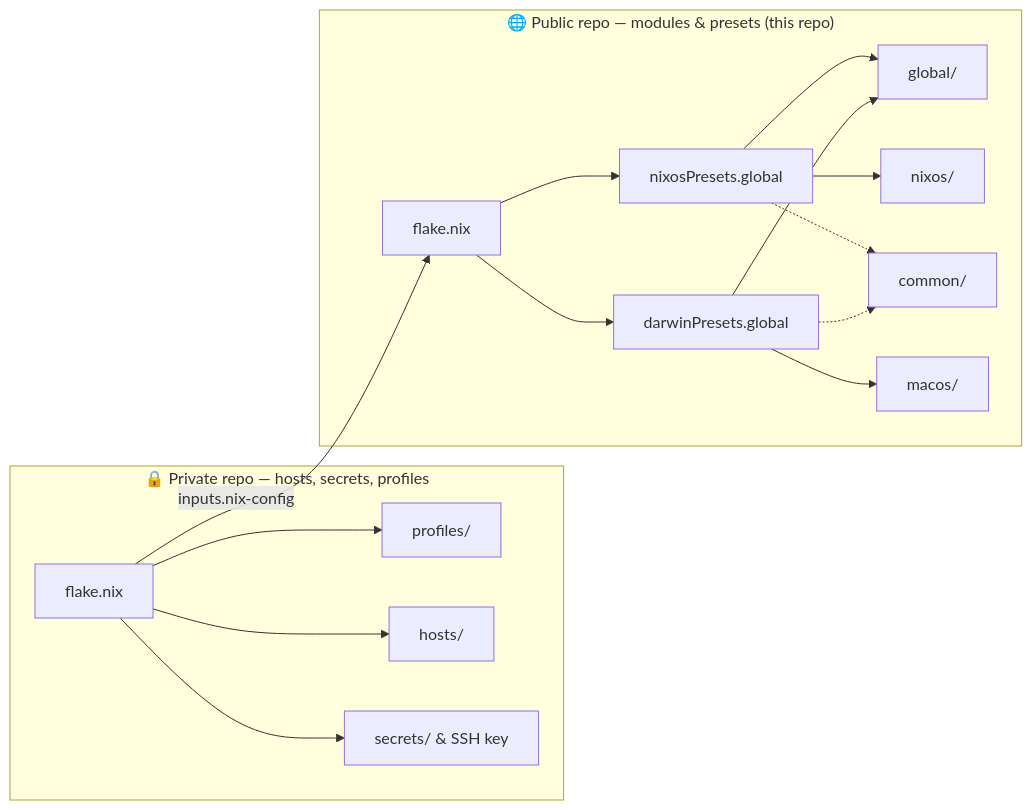
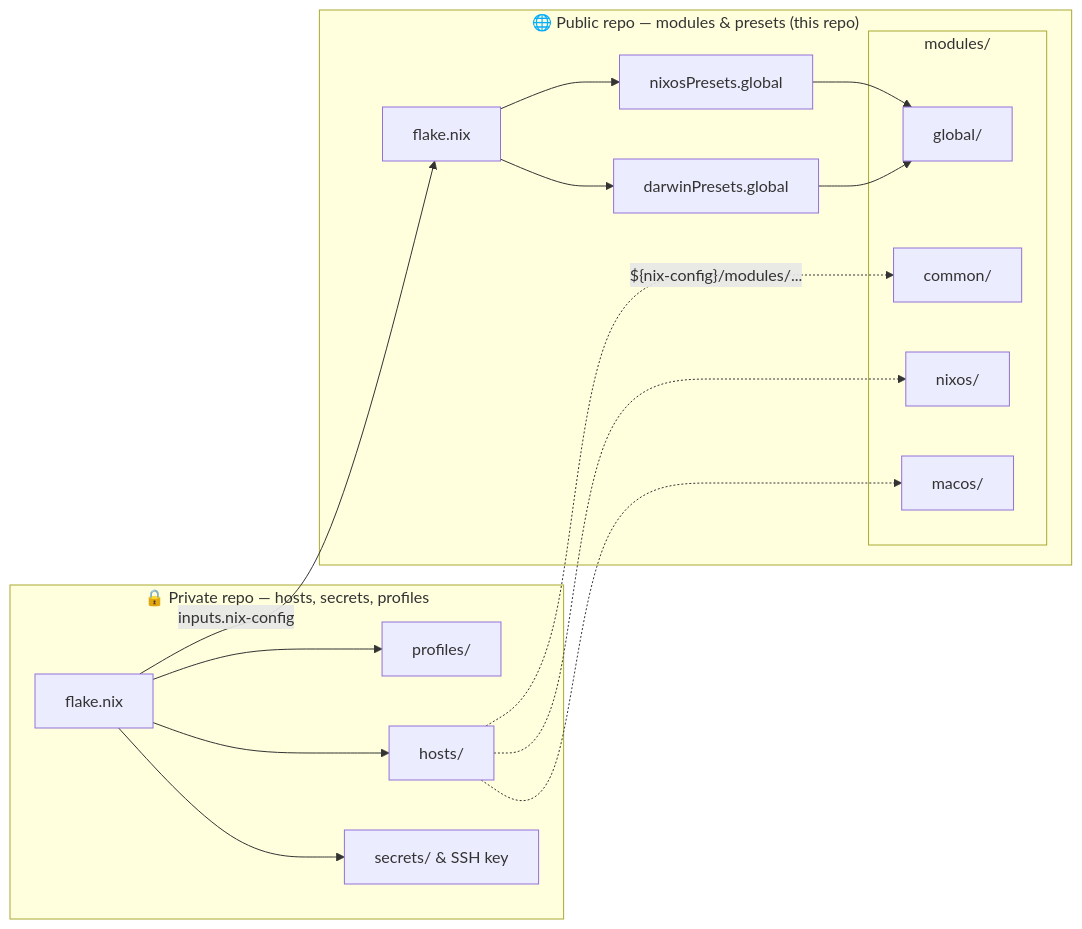
One commit to computercam/nix-config changed the diagram in README.md. Above: the diagram before and after it, drawn with Mermaid.

Commit message:
Diagram: nest module dirs under modules/, presets point only to global/, hosts import other dirs directly

````diff
--- a/README.md
+++ b/README.md
@@ -9,21 +9,28 @@
 ```mermaid
 flowchart LR
   subgraph Private["🔒 Private repo — hosts, secrets, profiles"]
     PF["flake.nix"] --> P["profiles/"]
     PF --> H["hosts/"]
     PF --> SE["secrets/ & SSH key"]
   end
 
   subgraph Public["🌐 Public repo — modules & presets (this repo)"]
     F["flake.nix"] --> NP["nixosPresets.global"]
     F --> DP["darwinPresets.global"]
-    NP --> G["global/"]
-    NP --> N["nixos/"]
-    NP -.-> C["common/"]
+
+    subgraph Mods["modules/"]
+      G["global/"]
+      C["common/"]
+      N["nixos/"]
+      MC["macos/"]
+    end
+
+    NP --> G
     DP --> G
-    DP --> MC["macos/"]
-    DP -.-> C
   end
 
   PF -->|"inputs.nix-config"| F
+  H -.->|"${nix-config}/modules/..."| C
+  H -.-> N
+  H -.-> MC
 ```
````
